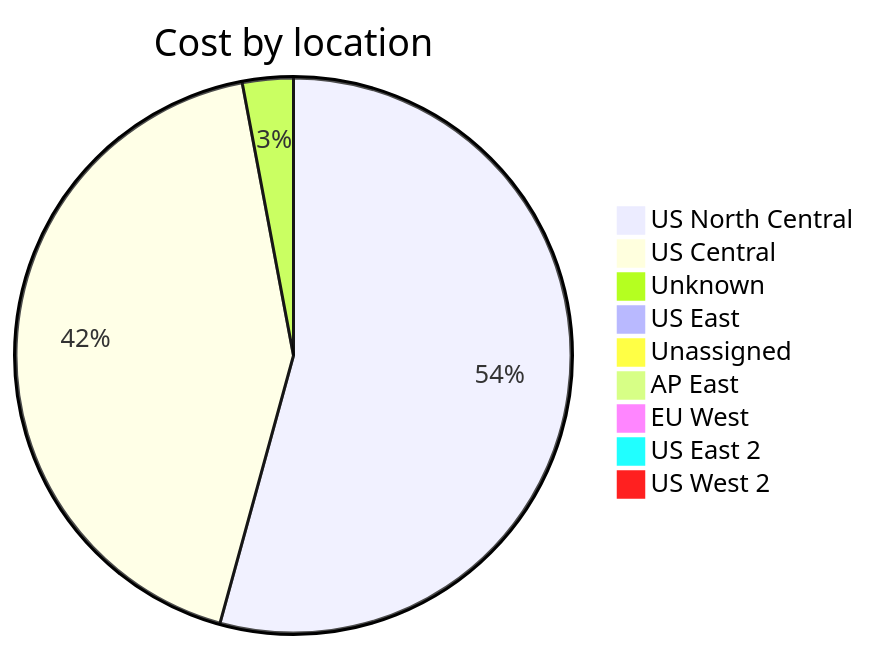
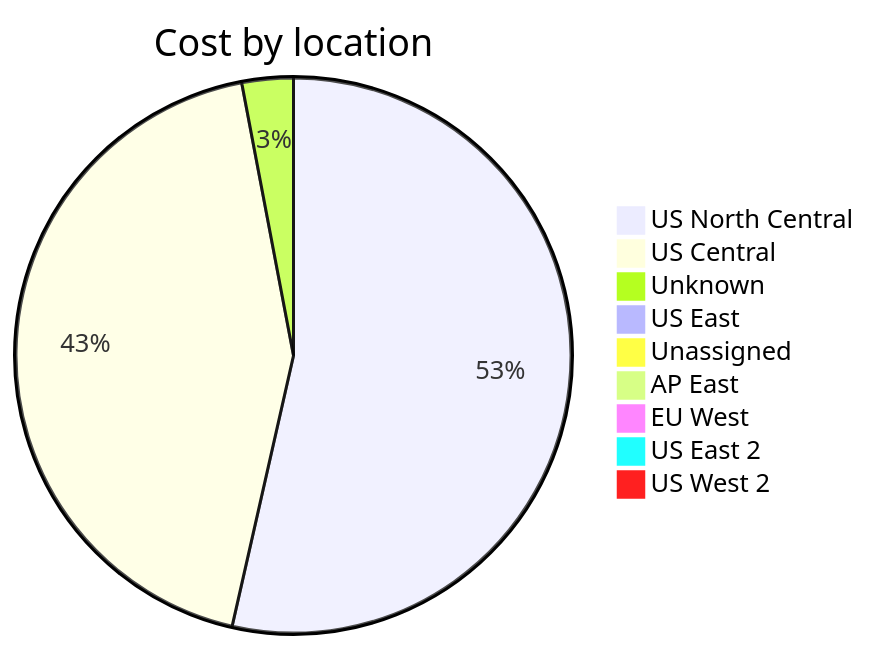
One commit to jpfulton/azure-personal-reports changed the third of 4 diagrams in cost-reports/accumulated-cost.md. Above: the diagram before and after it, drawn with Mermaid. The commit also changed other lines of this file and 4 other files, not shown here.

````diff
--- a/cost-reports/accumulated-cost.md
+++ b/cost-reports/accumulated-cost.md
@@ -131,13 +131,13 @@
 ```mermaid
 pie
    title Cost by location
    "US North Central" : 15.77
-   "US Central" : 12.43
-   "Unknown" : 0.86
-   "US East" : 0.20
+   "US Central" : 12.80
+   "Unknown" : 0.88
+   "US East" : 0.21
    "Unassigned" : 0.10
    "AP East" : 0.00
    "EU West" : 0.00
    "US East 2" : 0.00
    "US West 2" : 0.00
 ```
````
